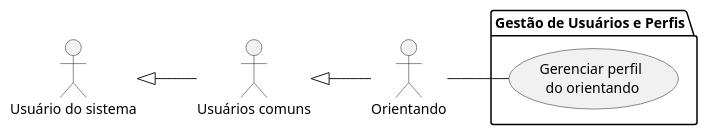
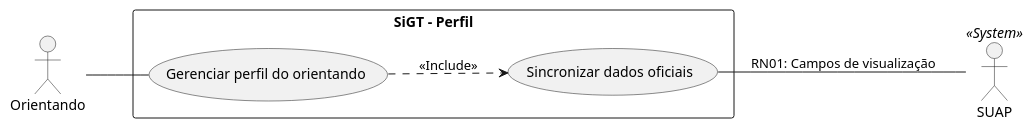
Before and after one commit to Luizalima3/SIGT: the diagram in specs/design/casos de uso/especificacao_gerenciar_perfil_orientando.puml, drawn with PlantUML. The commit also changed 15 other files, not shown here.

```diff
--- a/specs/design/casos de uso/especificacao_gerenciar_perfil_orientando.puml
+++ b/specs/design/casos de uso/especificacao_gerenciar_perfil_orientando.puml
@@ -1,20 +1,15 @@
-@startuml GerenciarPerfilOrientando
-
+@startuml UC_Gerenciar_Perfil
 left to right direction
 
-' Atores
-actor "Usuário do sistema" as user
-actor "Usuários comuns" as common_user
 actor "Orientando" as ori
+actor "SUAP" as suap <<System>>
 
-' Relacionamentos entre atores (herança)
-user <|-- common_user
-common_user <|-- ori
-
-package "Gestão de Usuários e Perfis" {
-    usecase "Gerenciar perfil\n do orientando" as uc_gerenciar_perfil_orientando
-
-    ori -- uc_gerenciar_perfil_orientando
+rectangle "SiGT - Perfil" {
+    usecase "Gerenciar perfil do orientando" as uc_perfil
+    usecase "Sincronizar dados oficiais" as uc_sinc
 }
 
+ori -- uc_perfil
+uc_perfil ..> uc_sinc : << Include >>
+uc_sinc -- suap : "RN01: Campos de visualização"
 @enduml
```
